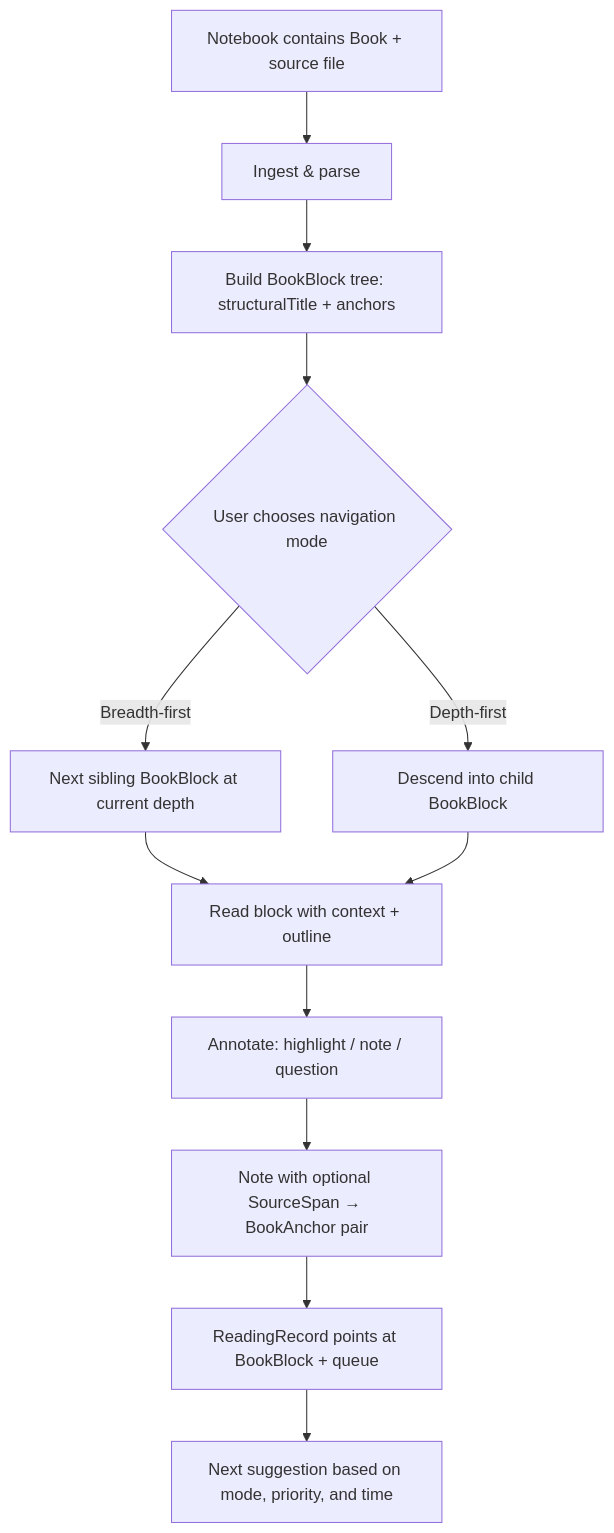
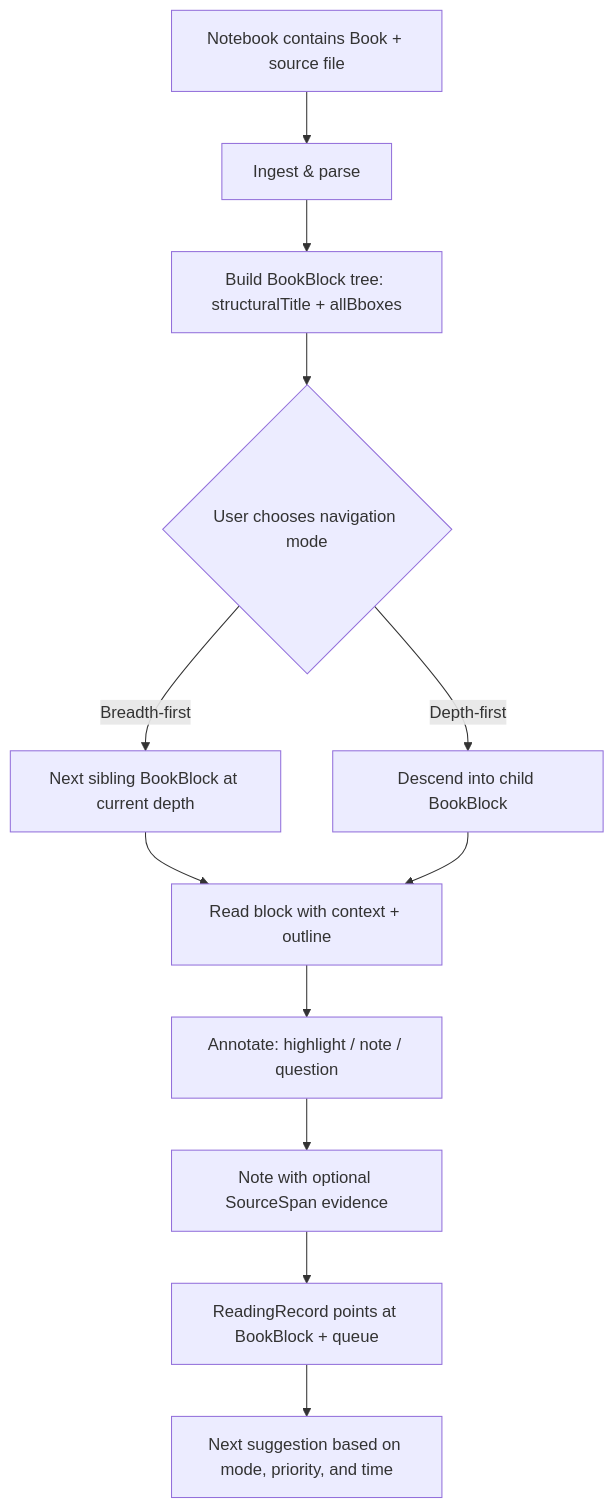
One commit to nerds-odd-e/doughnut changed the diagram in ongoing/book-reading-research-report.md. Above: the diagram before and after it, drawn with Mermaid. The commit also changed other lines of this file and 7 other files, not shown here.

First line of the commit message:
Update layout handling and documentation for BookBlock structure

````diff
--- a/ongoing/book-reading-research-report.md
+++ b/ongoing/book-reading-research-report.md
@@ -58,14 +58,14 @@
 ```mermaid
 flowchart TD
   A[Notebook contains Book + source file] --> B[Ingest & parse]
-  B --> C[Build BookBlock tree: structuralTitle + anchors]
+  B --> C[Build BookBlock tree: structuralTitle + allBboxes]
   C --> D{User chooses navigation mode}
   D -->|Breadth-first| E[Next sibling BookBlock at current depth]
   D -->|Depth-first| F[Descend into child BookBlock]
   E --> G[Read block with context + outline]
   F --> G
   G --> H[Annotate: highlight / note / question]
-  H --> I[Note with optional SourceSpan → BookAnchor pair]
+  H --> I[Note with optional SourceSpan evidence]
   I --> J[ReadingRecord points at BookBlock + queue]
   J --> K[Next suggestion based on mode, priority, and time]
 ```
````
